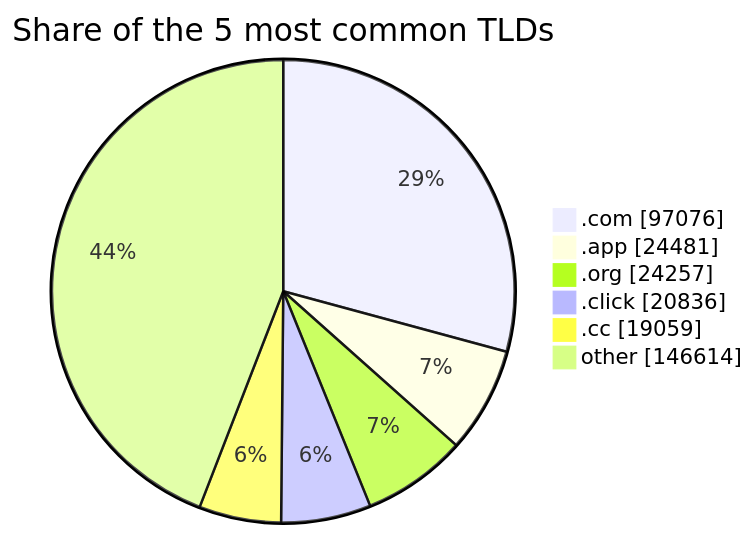
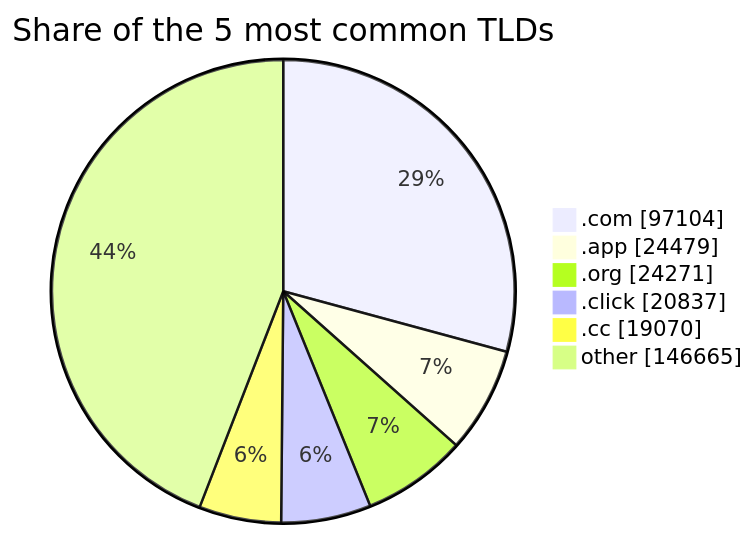
One commit to DNSBunker/CTI changed the third of 3 diagrams in README.md. Above: the diagram before and after it, drawn with Mermaid. The commit also changed other lines of this file and 4 other files, not shown here.

````diff
--- a/README.md
+++ b/README.md
@@ -81,9 +81,9 @@
 ```mermaid
 pie showData title Share of the 5 most common TLDs
-    ".com" : 97076
-    ".app" : 24481
-    ".org" : 24257
-    ".click" : 20836
-    ".cc" : 19059
-    "other" : 146614
+    ".com" : 97104
+    ".app" : 24479
+    ".org" : 24271
+    ".click" : 20837
+    ".cc" : 19070
+    "other" : 146665
 ```
````
